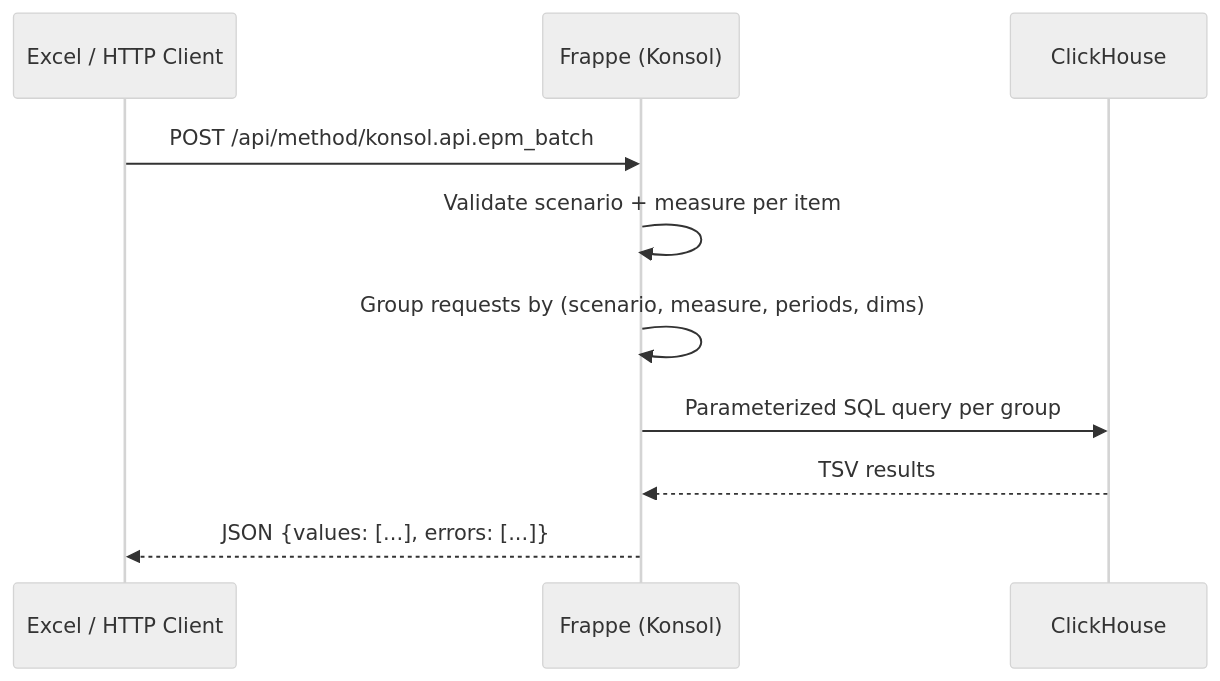
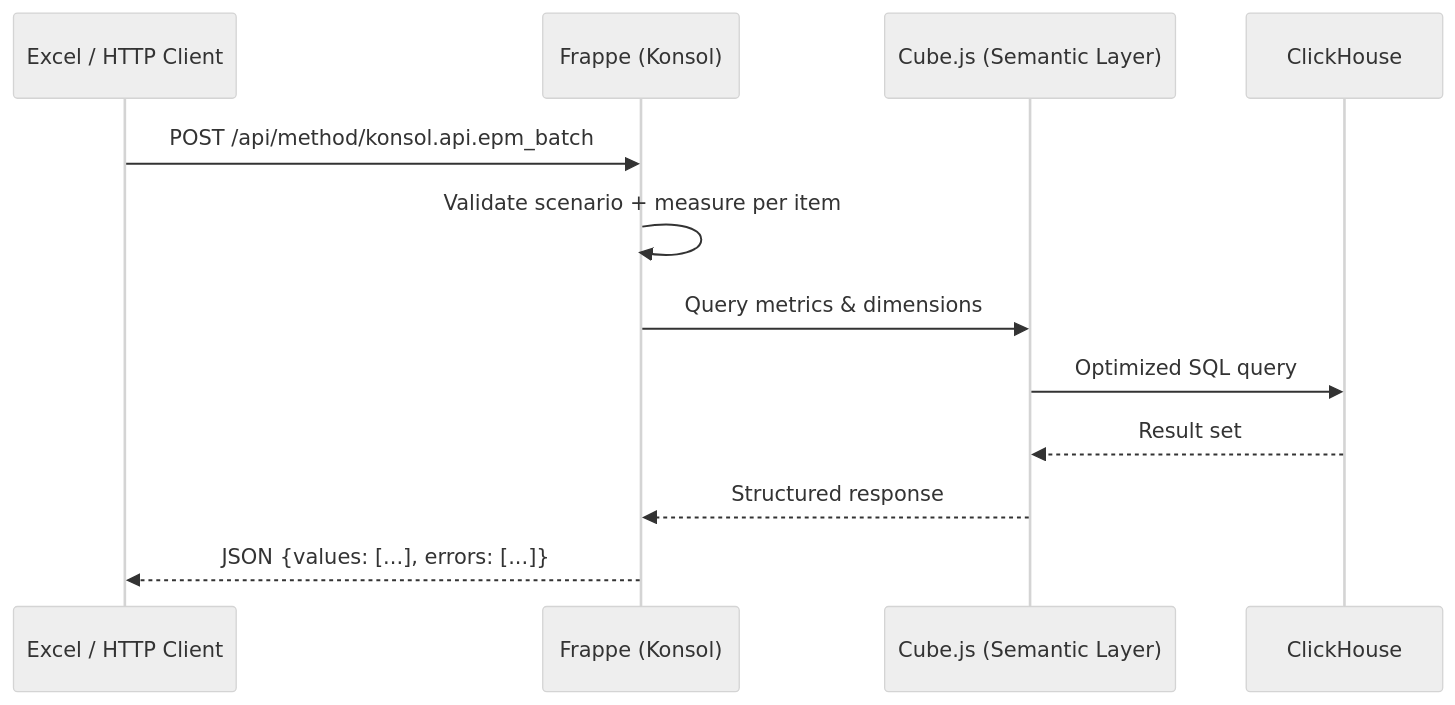
Before and after one commit to grynn-in/konsolidat: the diagram in docs/api-reference/api-overview.md, drawn with Mermaid (neutral theme).

Commit message:
docs: add Cube.js to API request flow diagram

````diff
--- a/docs/api-reference/api-overview.md
+++ b/docs/api-reference/api-overview.md
@@ -40,13 +40,15 @@
 ```mermaid
 sequenceDiagram
     participant Client as Excel / HTTP Client
     participant Frappe as Frappe (Konsol)
+    participant Cube as Cube.js (Semantic Layer)
     participant CH as ClickHouse
 
     Client->>Frappe: POST /api/method/konsol.api.epm_batch
     Frappe->>Frappe: Validate scenario + measure per item
-    Frappe->>Frappe: Group requests by (scenario, measure, periods, dims)
-    Frappe->>CH: Parameterized SQL query per group
-    CH-->>Frappe: TSV results
+    Frappe->>Cube: Query metrics & dimensions
+    Cube->>CH: Optimized SQL query
+    CH-->>Cube: Result set
+    Cube-->>Frappe: Structured response
     Frappe-->>Client: JSON {values: [...], errors: [...]}
 ```
````
